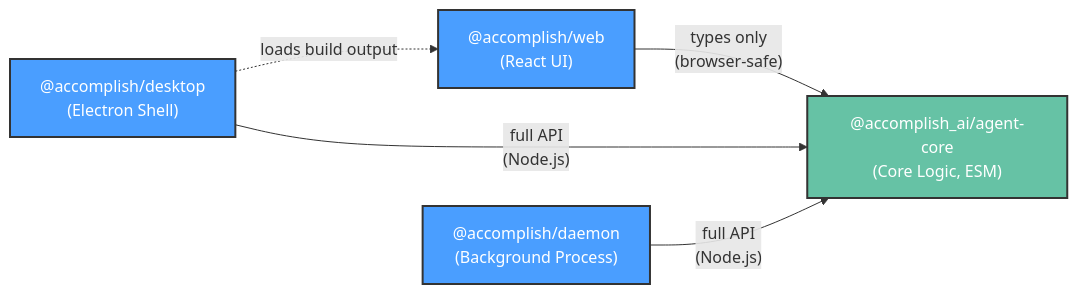
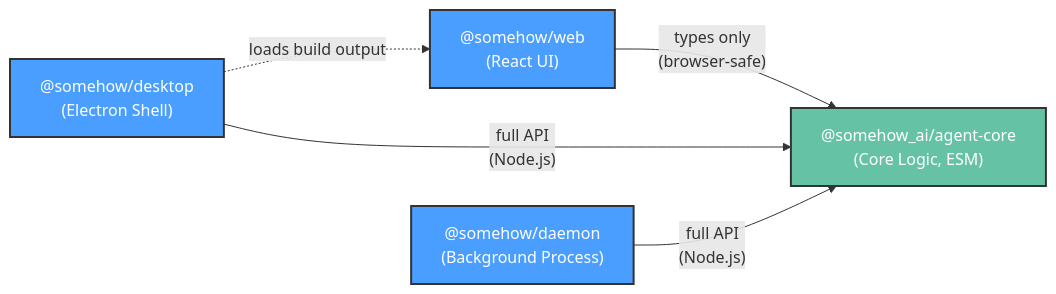
The fourth of 5 diagrams in AD.md (its-harshit/openplish), drawn with Mermaid before and after one commit. The commit also changed other lines of this file and 337 other files, not shown here.

````diff
--- a/AD.md
+++ b/AD.md
@@ -346,18 +346,18 @@
 ```mermaid
 graph LR
-    Web["@accomplish/web<br/>(React UI)"]
-    Desktop["@accomplish/desktop<br/>(Electron Shell)"]
-    Daemon["@accomplish/daemon<br/>(Background Process)"]
-    Core["@accomplish_ai/agent-core<br/>(Core Logic, ESM)"]
+    Web["@somehow/web<br/>(React UI)"]
+    Desktop["@somehow/desktop<br/>(Electron Shell)"]
+    Daemon["@somehow/daemon<br/>(Background Process)"]
+    Core["@somehow_ai/agent-core<br/>(Core Logic, ESM)"]
 
     Web -->|"types only<br/>(browser-safe)"| Core
     Desktop -->|"full API<br/>(Node.js)"| Core
     Daemon -->|"full API<br/>(Node.js)"| Core
     Desktop -.->|"loads build output"| Web
 
     classDef appNode fill:#4a9eff,stroke:#333,stroke-width:2px,color:#fff
     classDef coreNode fill:#66c2a5,stroke:#333,stroke-width:2px,color:#fff
 
     class Web,Desktop,Daemon appNode
     class Core coreNode
 ```
````
